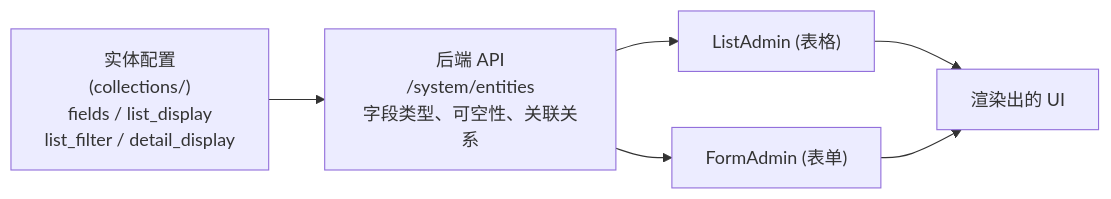
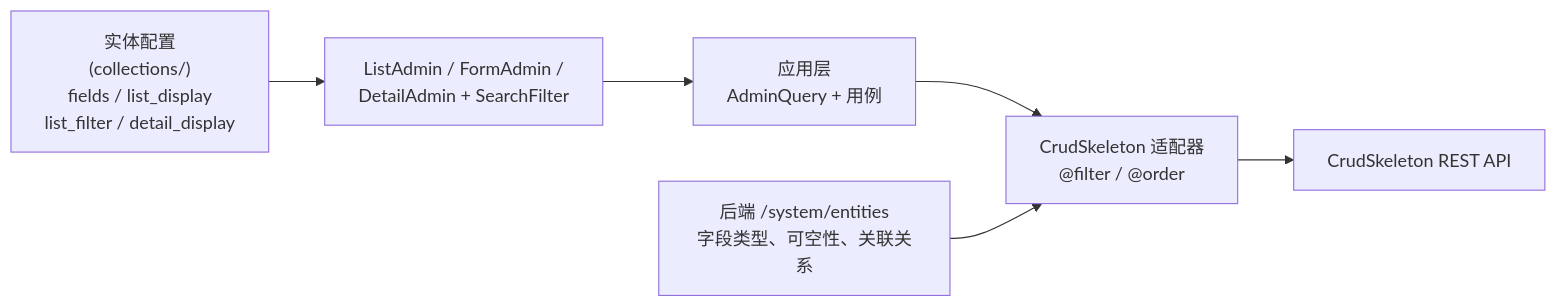
The diagram in README.zh-cn.md (immane/crud-admin), drawn with Mermaid before and after one commit. The commit also changed other lines of this file and 3 other files, not shown here.

First line of the commit message:
docs(README): replace engine diagram and complete structure audit

````diff
--- a/README.zh-cn.md
+++ b/README.zh-cn.md
@@ -239,8 +239,8 @@
 ```mermaid
 flowchart LR
-    Config["实体配置<br/>(collections/)<br/>fields / list_display<br/>list_filter / detail_display"] --> Meta["后端 API<br/>/system/entities<br/>字段类型、可空性、关联关系"]
-    Meta --> List["ListAdmin (表格)"]
-    Meta --> Form["FormAdmin (表单)"]
-    List --> UI["渲染出的 UI"]
-    Form --> UI
+    Config["实体配置<br/>(collections/)<br/>fields / list_display<br/>list_filter / detail_display"] --> UI["ListAdmin / FormAdmin /<br/>DetailAdmin + SearchFilter"]
+    UI --> Query["应用层<br/>AdminQuery + 用例"]
+    Query --> CSQE["CrudSkeleton 适配器<br/>@filter / @order"]
+    Meta["后端 /system/entities<br/>字段类型、可空性、关联关系"] --> CSQE
+    CSQE --> API["CrudSkeleton REST API"]
 ```
````
